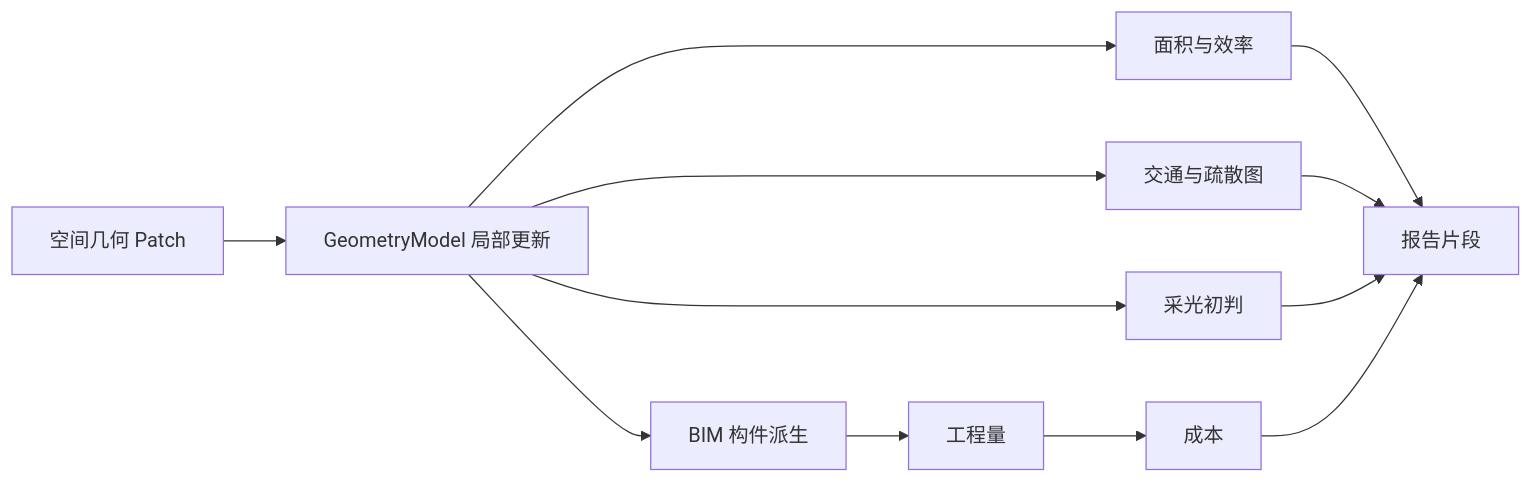
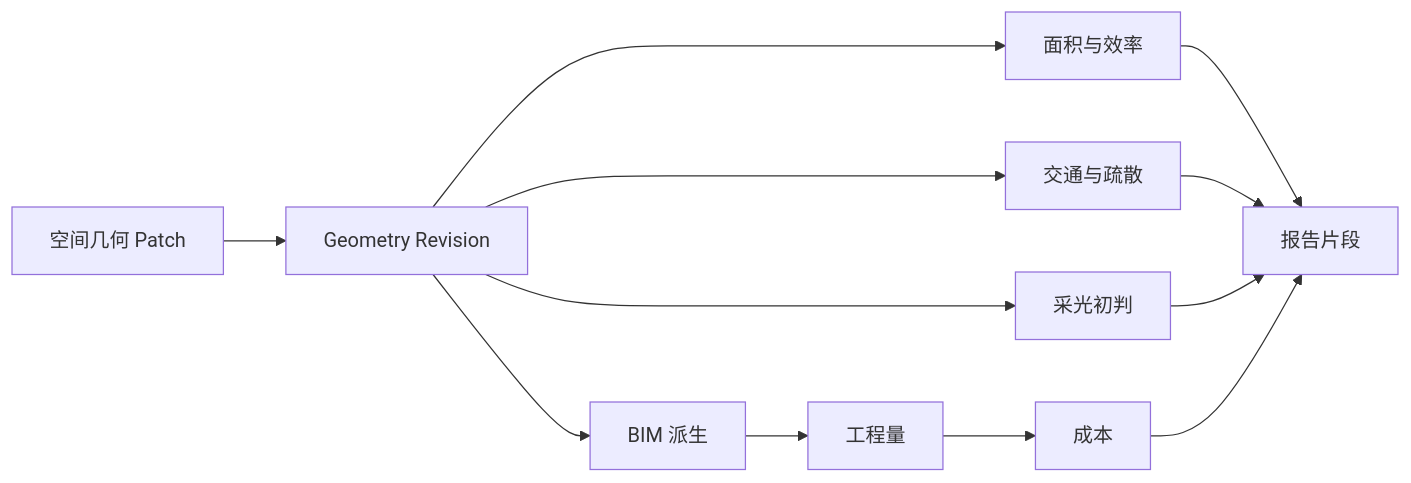
One commit to wangdengyu0512/Learning changed the ninth of 11 diagrams in content/posts/ai-conceptual-building-design-poc-architecture.md. Above: the diagram before and after it, drawn with Mermaid. The commit also changed other lines of this file and 5 other files, not shown here.

Commit message:
docs: refocus building design POC on architecture

````diff
--- a/content/posts/ai-conceptual-building-design-poc-architecture.md
+++ b/content/posts/ai-conceptual-building-design-poc-architecture.md
@@ -322,14 +696,14 @@
 ```mermaid
 flowchart LR
-    P[空间几何 Patch] --> G[GeometryModel 局部更新]
-    G --> A[面积与效率]
-    G --> C[交通与疏散图]
-    G --> L[采光初判]
-    G --> B[BIM 构件派生]
-    B --> Q[工程量]
-    Q --> K[成本]
-    A --> R[报告片段]
-    C --> R
-    L --> R
-    K --> R
+    Patch[空间几何 Patch] --> Geometry[Geometry Revision]
+    Geometry --> Area[面积与效率]
+    Geometry --> Egress[交通与疏散]
+    Geometry --> Daylight[采光初判]
+    Geometry --> BIM[BIM 派生]
+    BIM --> Quantity[工程量]
+    Quantity --> Cost[成本]
+    Area --> Report[报告片段]
+    Egress --> Report
+    Daylight --> Report
+    Cost --> Report
 ```
````
